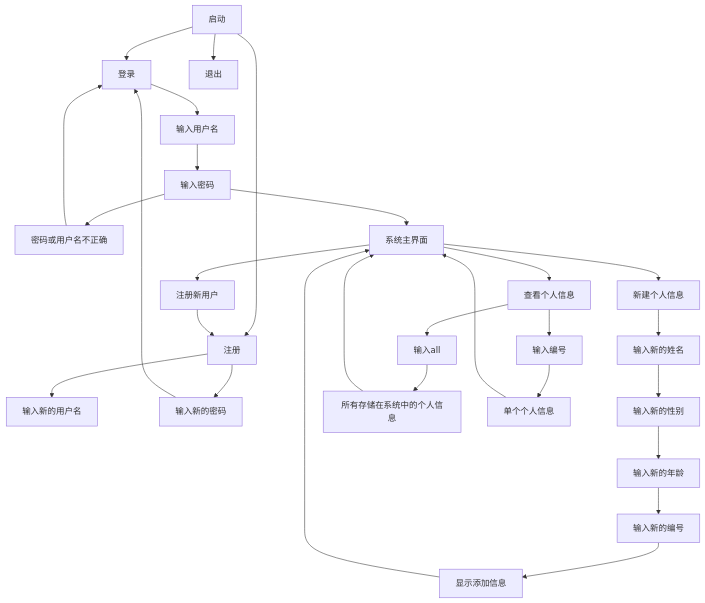
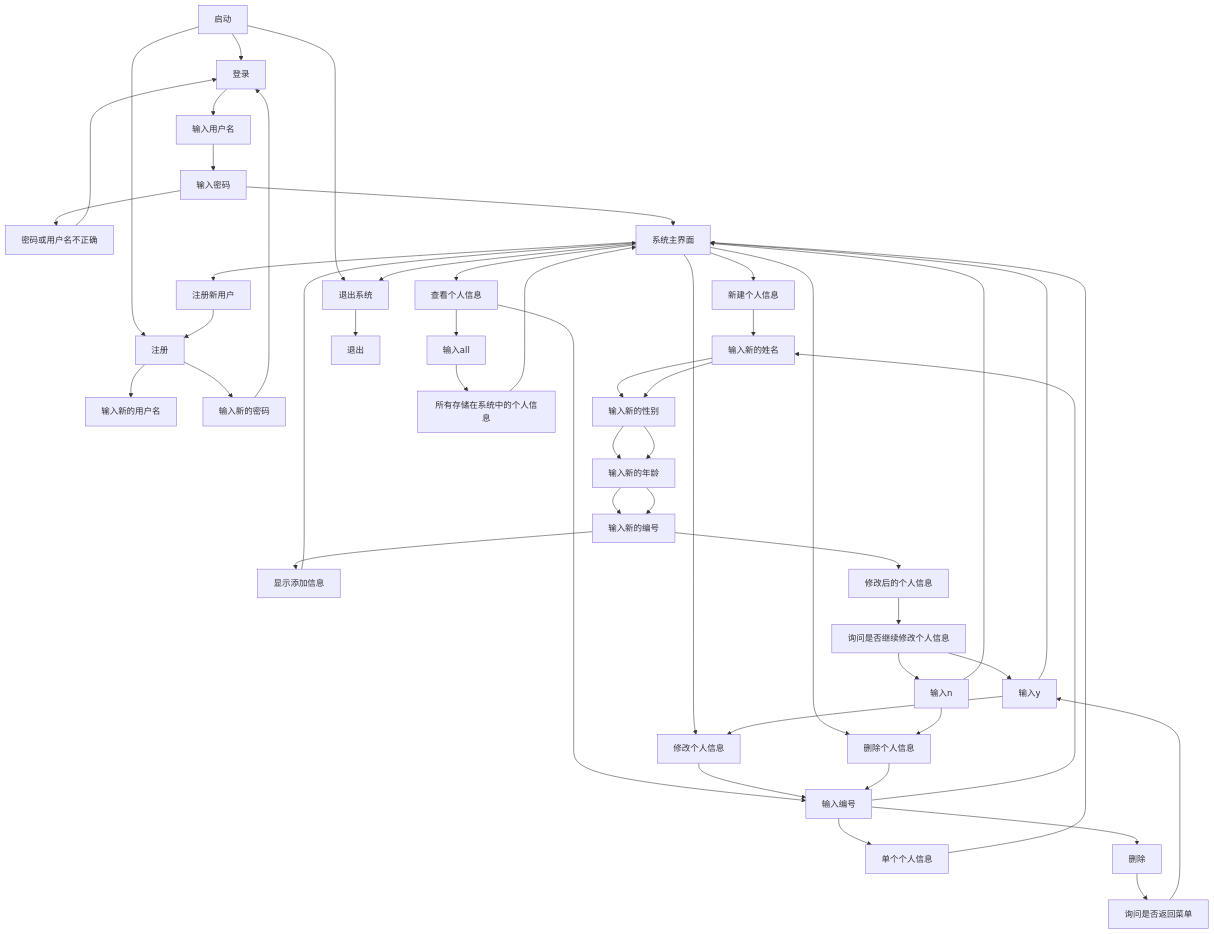
Before and after one commit to Expiorer267/Python-Personal-information-management-system: the diagram in README.md, drawn with Mermaid. The commit also changed other lines of this file, not shown here.

````diff
--- a/README.md
+++ b/README.md
@@ -10,30 +10,51 @@
 ```mermaid
 graph TD;
     启动-->登录;
     启动-->注册;
-    启动-->退出;
+    启动-->退出系统;
     登录-->输入用户名;
     注册-->输入新的用户名;
     输入用户名-->输入密码;
     输入密码-->密码或用户名不正确;
     密码或用户名不正确-->登录;
     注册-->输入新的密码;
     输入新的密码-->登录;
     输入密码-->系统主界面;
     系统主界面-->新建个人信息;
     新建个人信息-->输入新的姓名;
     输入新的姓名-->输入新的性别;
     输入新的性别-->输入新的年龄;
     输入新的年龄-->输入新的编号;
     输入新的编号-->显示添加信息;
     显示添加信息-->系统主界面;
     系统主界面-->注册新用户;
     注册新用户-->注册;
     系统主界面-->查看个人信息;
     查看个人信息-->输入all;
     输入all-->所有存储在系统中的个人信息;
     所有存储在系统中的个人信息-->系统主界面;
     查看个人信息-->输入编号;
     输入编号-->单个个人信息;
     单个个人信息-->系统主界面;
+    系统主界面-->修改个人信息;
+    修改个人信息-->输入编号;
+    输入编号-->输入新的姓名;
+    输入新的姓名-->输入新的性别;
+    输入新的性别-->输入新的年龄;
+    输入新的年龄-->输入新的编号;
+    输入新的编号-->修改后的个人信息;
+    修改后的个人信息-->询问是否继续修改个人信息;
+    询问是否继续修改个人信息-->输入y;
+    询问是否继续修改个人信息-->输入n;
+    输入y-->修改个人信息;
+    输入n-->系统主界面;
+    系统主界面-->删除个人信息;
+    删除个人信息-->输入编号;
+    输入编号-->删除;
+    删除-->询问是否返回菜单;
+    询问是否返回菜单-->输入y;
+    输入y-->系统主界面;
+    输入n-->删除个人信息;
+    系统主界面-->退出系统;
+    退出系统-->退出;
 ```
````
